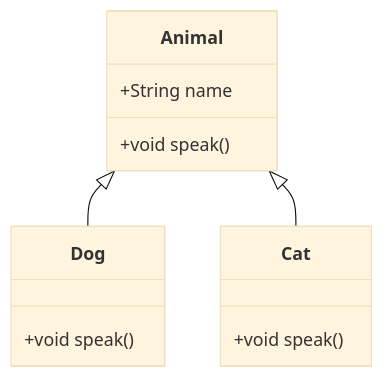
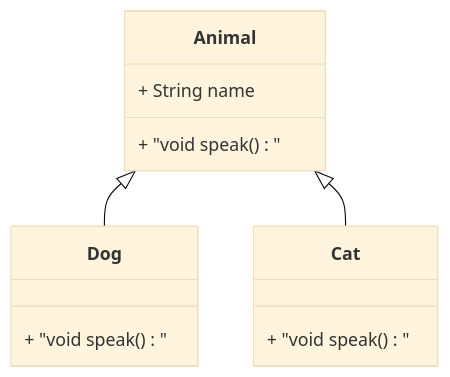
One commit to 42jerrykim/42jerrykim.github.io changed diagram 17 of 17 in content/post/2024/2024-10-16-csharp-object-oriented/index.md. Above: the diagram before and after it, drawn with Mermaid (base theme). The commit also changed other lines of this file and 239 other files, not shown here.

````diff
--- a/content/post/2024/2024-10-16-csharp-object-oriented/index.md
+++ b/content/post/2024/2024-10-16-csharp-object-oriented/index.md
@@ -1615,15 +1410,15 @@
 ```mermaid
 classDiagram
     class Animal {
-        +String name
-        +void speak()
+        + String name
+        + "void speak()"
     }
     class Dog {
-        +void speak()
+        + "void speak()"
     }
     class Cat {
-        +void speak()
+        + "void speak()"
     }
     Animal <|-- Dog
     Animal <|-- Cat
 ```
````
